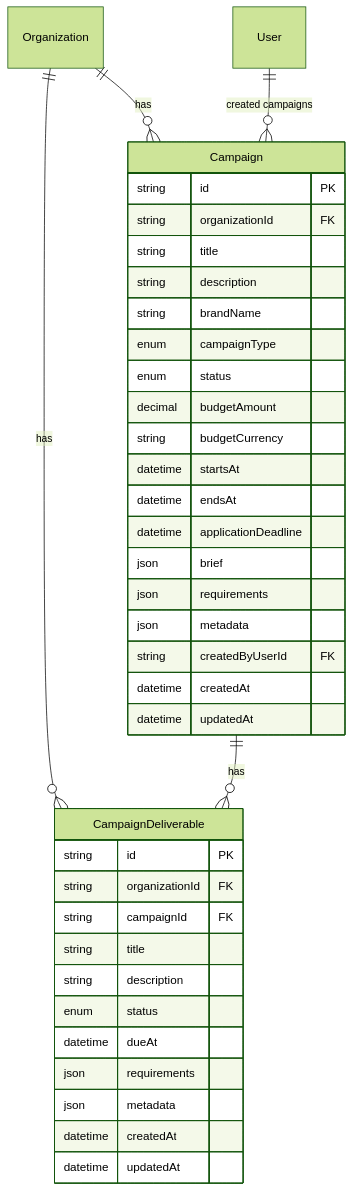
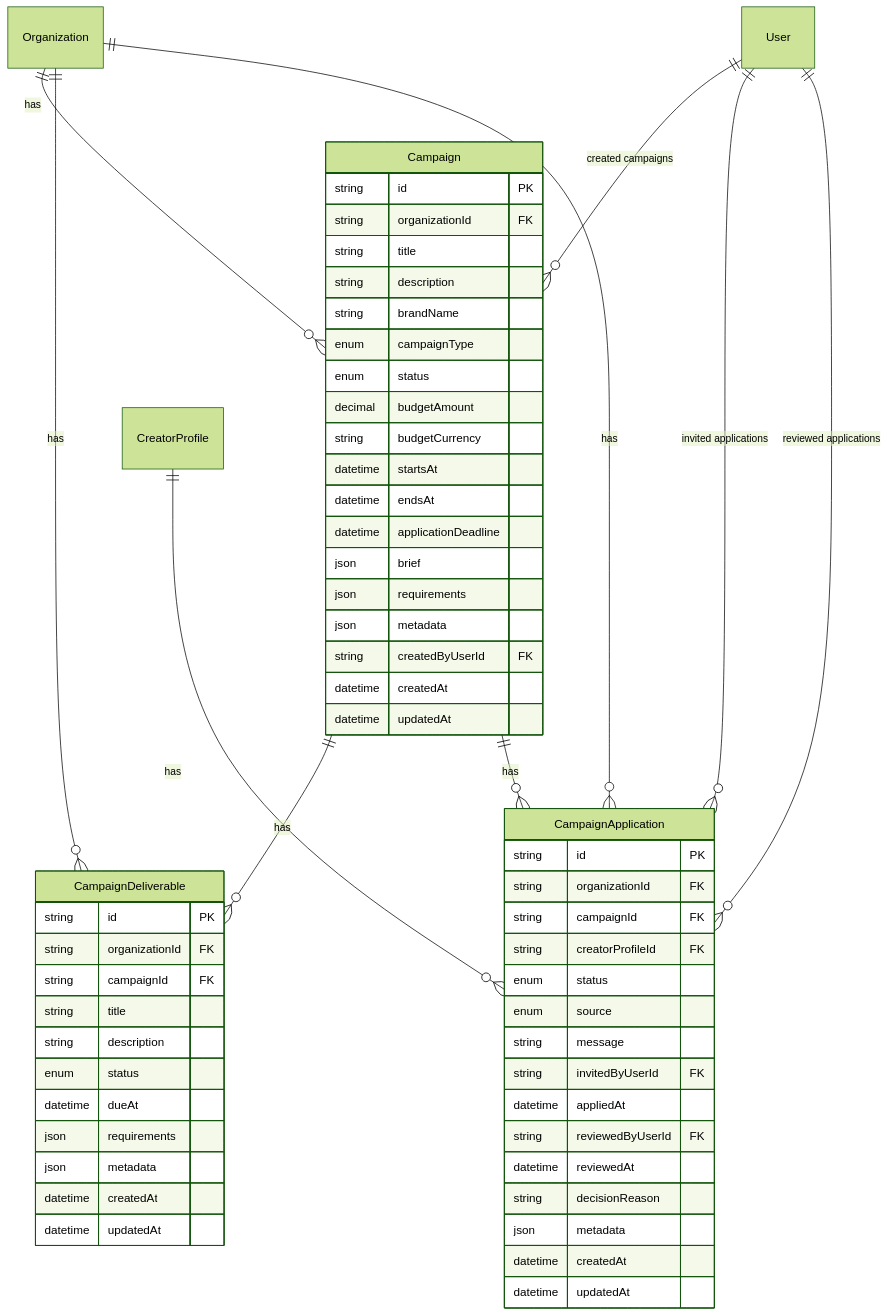
Before and after one commit to kolab-kevin/kolab-platform: the diagram in docs/database/campaigns-erd.md, drawn with Mermaid (forest theme). The commit also changed other lines of this file and 11 other files, not shown here.

Commit message:
feat(api): add campaign creator applications

````diff
--- a/docs/database/campaigns-erd.md
+++ b/docs/database/campaigns-erd.md
@@ -18,42 +18,65 @@
 ```mermaid
 erDiagram
   Organization ||--o{ Campaign : has
   Organization ||--o{ CampaignDeliverable : has
+  Organization ||--o{ CampaignApplication : has
   User ||--o{ Campaign : "created campaigns"
+  User ||--o{ CampaignApplication : "invited applications"
+  User ||--o{ CampaignApplication : "reviewed applications"
+  CreatorProfile ||--o{ CampaignApplication : has
   Campaign ||--o{ CampaignDeliverable : has
+  Campaign ||--o{ CampaignApplication : has
 
   Campaign {
     string id PK
     string organizationId FK
     string title
     string description
     string brandName
     enum campaignType
     enum status
     decimal budgetAmount
     string budgetCurrency
     datetime startsAt
     datetime endsAt
     datetime applicationDeadline
     json brief
     json requirements
     json metadata
     string createdByUserId FK
     datetime createdAt
     datetime updatedAt
   }
 
   CampaignDeliverable {
     string id PK
     string organizationId FK
     string campaignId FK
     string title
     string description
     enum status
     datetime dueAt
     json requirements
     json metadata
     datetime createdAt
     datetime updatedAt
   }
+
+  CampaignApplication {
+    string id PK
+    string organizationId FK
+    string campaignId FK
+    string creatorProfileId FK
+    enum status
+    enum source
+    string message
+    string invitedByUserId FK
+    datetime appliedAt
+    string reviewedByUserId FK
+    datetime reviewedAt
+    string decisionReason
+    json metadata
+    datetime createdAt
+    datetime updatedAt
+  }
 ```
````
